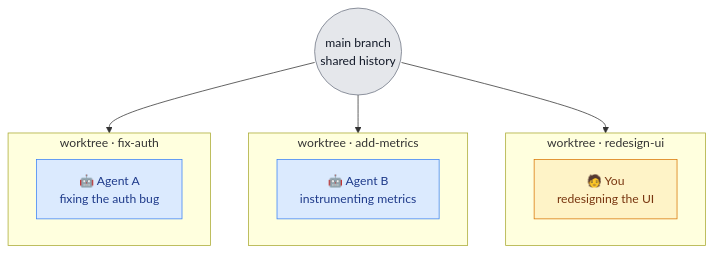
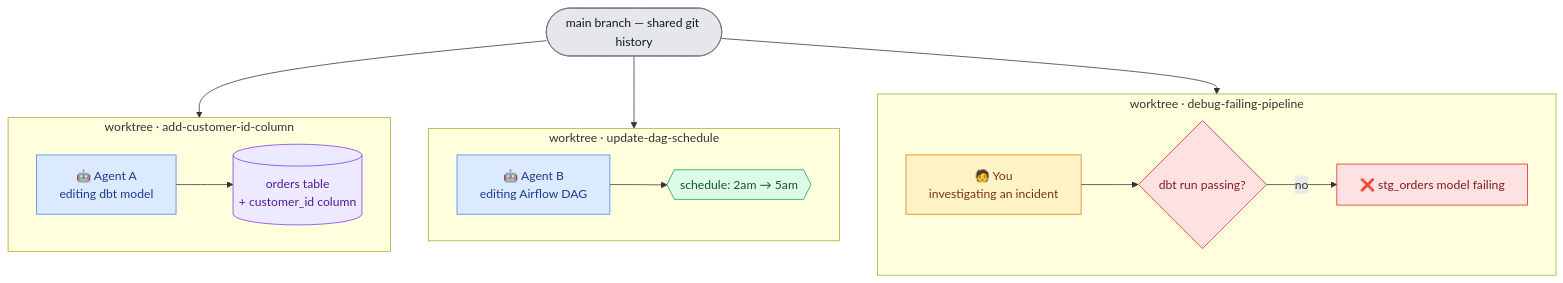
The first of 2 diagrams in README.md (luiul/coppice), drawn with Mermaid before and after one commit. The commit also changed other lines of this file, not shown here.

First line of the commit message:
docs: use correct diagram shapes and data-engineering examples

````diff
--- a/README.md
+++ b/README.md
@@ -31,25 +34,41 @@
 ```mermaid
 flowchart TD
-    main(("main branch<br/>shared history"))
+    main(["main branch — shared git history"])
 
-    subgraph wtA["worktree · fix-auth"]
-        agentA["🤖 Agent A<br/>fixing the auth bug"]
+    subgraph wtA["worktree · add-customer-id-column"]
+        agentA["🤖 Agent A<br/>editing dbt model"]
+        tableA[("orders table<br/>+ customer_id column")]
+        agentA --> tableA
     end
-    subgraph wtB["worktree · add-metrics"]
-        agentB["🤖 Agent B<br/>instrumenting metrics"]
+
+    subgraph wtB["worktree · update-dag-schedule"]
+        agentB["🤖 Agent B<br/>editing Airflow DAG"]
+        configB{{"schedule: 2am → 5am"}}
+        agentB --> configB
     end
-    subgraph wtC["worktree · redesign-ui"]
-        you["🧑 You<br/>redesigning the UI"]
+
+    subgraph wtC["worktree · debug-failing-pipeline"]
+        you["🧑 You<br/>investigating an incident"]
+        decisionC{"dbt run passing?"}
+        failTask["❌ stg_orders model failing"]
+        you --> decisionC
+        decisionC -- no --> failTask
     end
 
     main --> wtA
     main --> wtB
     main --> wtC
 
     classDef agent fill:#dbeafe,stroke:#3b82f6,color:#1e3a8a;
     classDef human fill:#fef3c7,stroke:#d97706,color:#78350f;
     classDef mainNode fill:#e5e7eb,stroke:#6b7280,color:#111827;
+    classDef store fill:#ede9fe,stroke:#7c3aed,color:#4c1d95;
+    classDef config fill:#dcfce7,stroke:#16a34a,color:#14532d;
+    classDef incident fill:#fee2e2,stroke:#dc2626,color:#7f1d1d;
     class agentA,agentB agent;
     class you human;
     class main mainNode;
+    class tableA store;
+    class configB config;
+    class decisionC,failTask incident;
 ```
````
